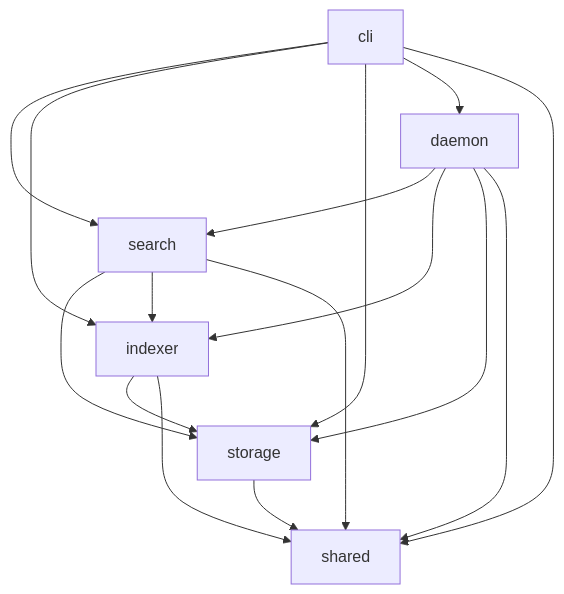
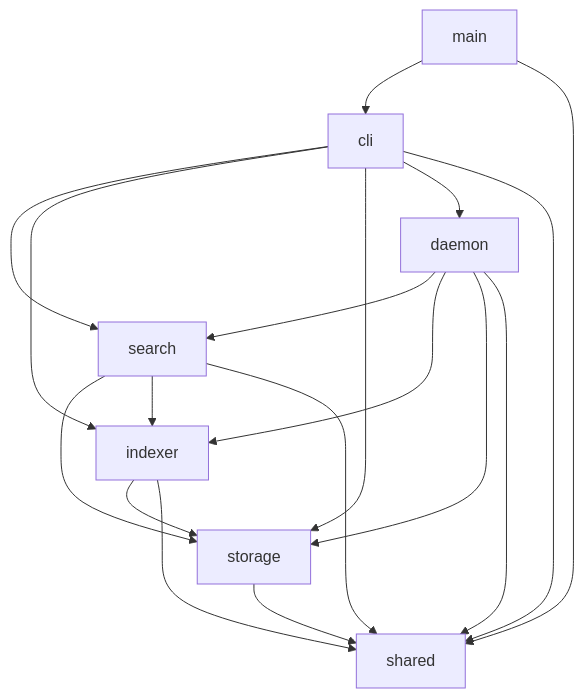
One commit to rp1-run/1up changed the diagram in .rp1/context/modules.md. Above: the diagram before and after it, drawn with Mermaid. The commit also changed other lines of this file and 6 other files, not shown here.

````diff
--- a/.rp1/context/modules.md
+++ b/.rp1/context/modules.md
@@ -130,18 +132,20 @@
 ```mermaid
 graph TD
-    CLI[cli] --> Search[search]
+    Main[main] --> CLI[cli]
+    Main --> Shared[shared]
+    CLI --> Search[search]
     CLI --> Indexer[indexer]
     CLI --> Storage[storage]
     CLI --> Daemon[daemon]
-    CLI --> Shared[shared]
+    CLI --> Shared
     Daemon --> Search
     Daemon --> Indexer
     Search --> Storage
     Search --> Indexer
     Search --> Shared
     Indexer --> Storage
     Indexer --> Shared
     Daemon --> Storage
     Daemon --> Shared
     Storage --> Shared
 ```
````
